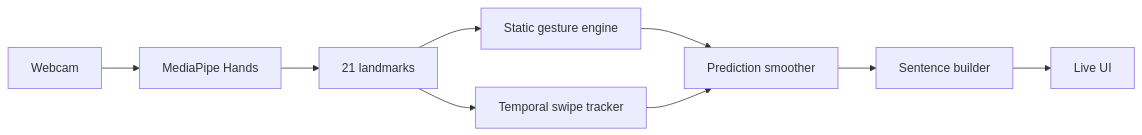
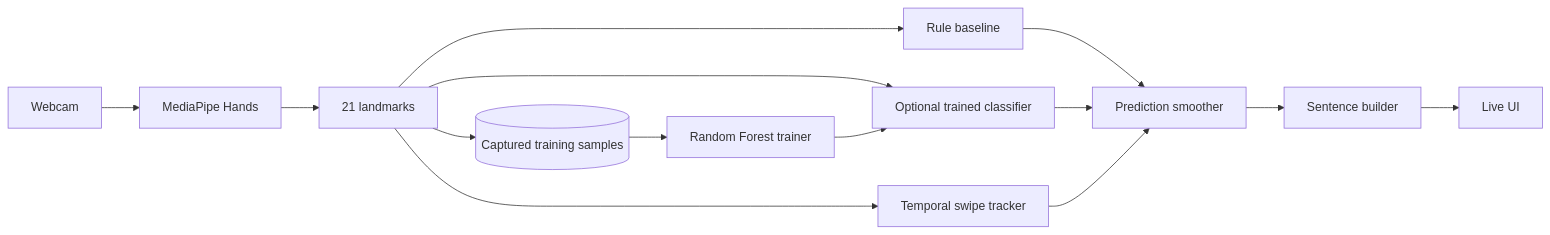
The diagram in README.md (rsswethaa/hand-sign-recognition), drawn with Mermaid before and after one commit. The commit also changed other lines of this file, not shown here.

Commit message:
Document learned gesture training and accessibility product flow

````diff
--- a/README.md
+++ b/README.md
@@ -23,11 +22,16 @@
 ```mermaid
 flowchart LR
   C[Webcam] --> MP[MediaPipe Hands]
   MP --> L[21 landmarks]
-  L --> S[Static gesture engine]
+  L --> R[Rule baseline]
+  L --> M[Optional trained classifier]
   L --> T[Temporal swipe tracker]
-  S --> M[Prediction smoother]
-  T --> M
-  M --> B[Sentence builder]
+  R --> S[Prediction smoother]
+  M --> S
+  T --> S
+  S --> B[Sentence builder]
   B --> UI[Live UI]
+  L --> D[(Captured training samples)]
+  D --> TR[Random Forest trainer]
+  TR --> M
 ```
````
